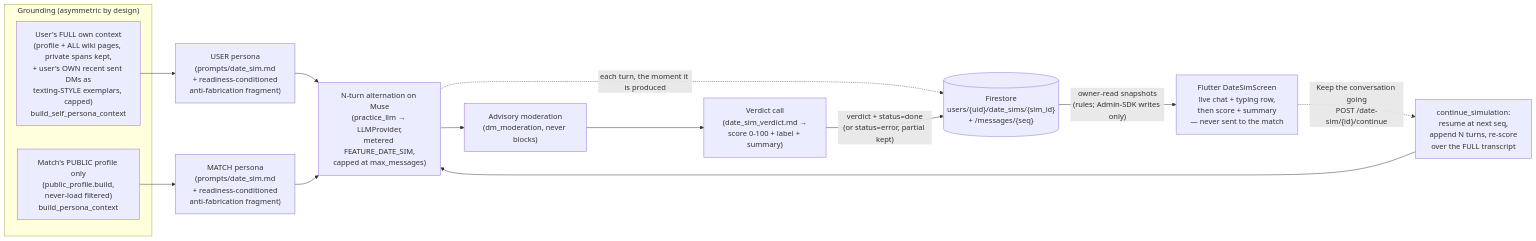
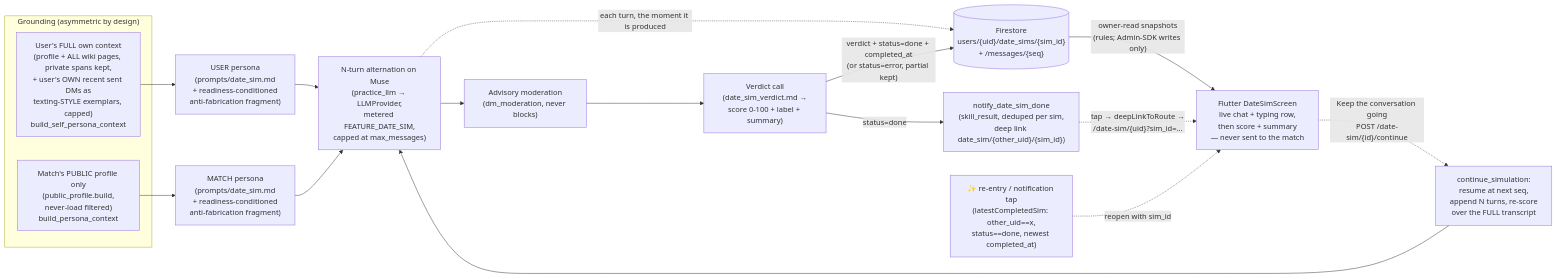
One commit to suhailps93/ayma-v2 changed diagram 11 of 13 in docs/ARCHITECTURE.md. Above: the diagram before and after it, drawn with Mermaid. The commit also changed other lines of this file and 11 other files, not shown here.

First line of the commit message:
fix(date-sim): R2-H6 — make a completed AI Date-Sim re-openable

````diff
--- a/docs/ARCHITECTURE.md
+++ b/docs/ARCHITECTURE.md
@@ -2118,17 +2118,20 @@
 ```mermaid
 flowchart LR
   subgraph grounding["Grounding (asymmetric by design)"]
     U["User's FULL own context<br/>(profile + ALL wiki pages, private spans kept,<br/>+ user's OWN recent sent DMs as<br/>texting-STYLE exemplars, capped)<br/>build_self_persona_context"]
     M["Match's PUBLIC profile only<br/>(public_profile.build,<br/>never-load filtered)<br/>build_persona_context"]
   end
   U --> P1["USER persona<br/>(prompts/date_sim.md<br/>+ readiness-conditioned<br/>anti-fabrication fragment)"]
   M --> P2["MATCH persona<br/>(prompts/date_sim.md<br/>+ readiness-conditioned<br/>anti-fabrication fragment)"]
   P1 & P2 --> LOOP["N-turn alternation on Muse<br/>(practice_llm → LLMProvider,<br/>metered FEATURE_DATE_SIM,<br/>capped at max_messages)"]
   LOOP --> MOD["Advisory moderation<br/>(dm_moderation, never blocks)"]
   MOD --> V["Verdict call<br/>(date_sim_verdict.md →<br/>score 0-100 + label + summary)"]
   LOOP -. "each turn, the moment it is produced" .-> FS[("Firestore<br/>users/{uid}/date_sims/{sim_id}<br/>+ /messages/{seq}")]
-  V -- "verdict + status=done<br/>(or status=error, partial kept)" --> FS
+  V -- "verdict + status=done + completed_at<br/>(or status=error, partial kept)" --> FS
+  V -- "status=done" --> NOTIF["notify_date_sim_done<br/>(skill_result, deduped per sim,<br/>deep link date_sim/{other_uid}/{sim_id})"]
   FS -- "owner-read snapshots<br/>(rules; Admin-SDK writes only)" --> UI["Flutter DateSimScreen<br/>live chat + typing row,<br/>then score + summary<br/>— never sent to the match"]
+  NOTIF -. "tap → deepLinkToRoute →<br/>/date-sim/{uid}?sim_id=…" .-> UI
+  REOPEN["✨ re-entry / notification tap<br/>(latestCompletedSim: other_uid==x,<br/>status==done, newest completed_at)"] -. "reopen with sim_id" .-> UI
   UI -. "Keep the conversation going<br/>POST /date-sim/{id}/continue" .-> CONT["continue_simulation:<br/>resume at next seq,<br/>append N turns, re-score<br/>over the FULL transcript"]
   CONT --> LOOP
 ```
````
